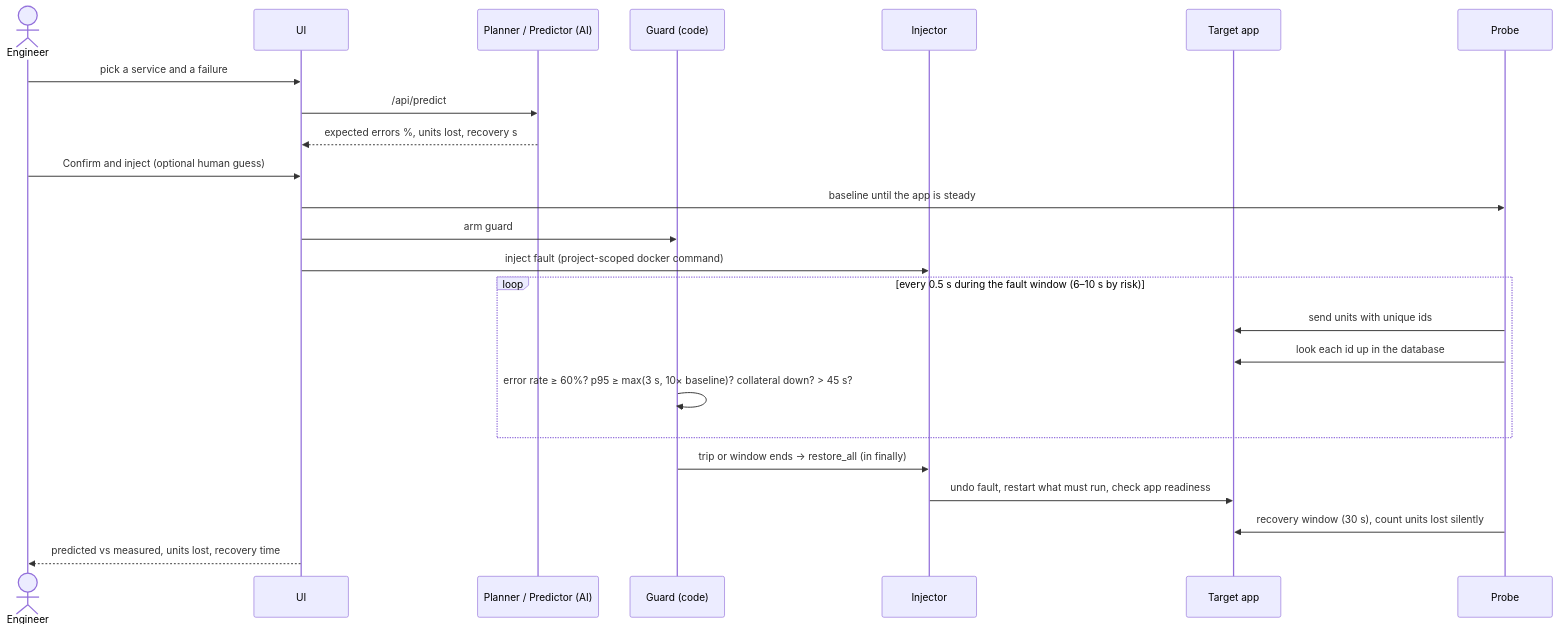
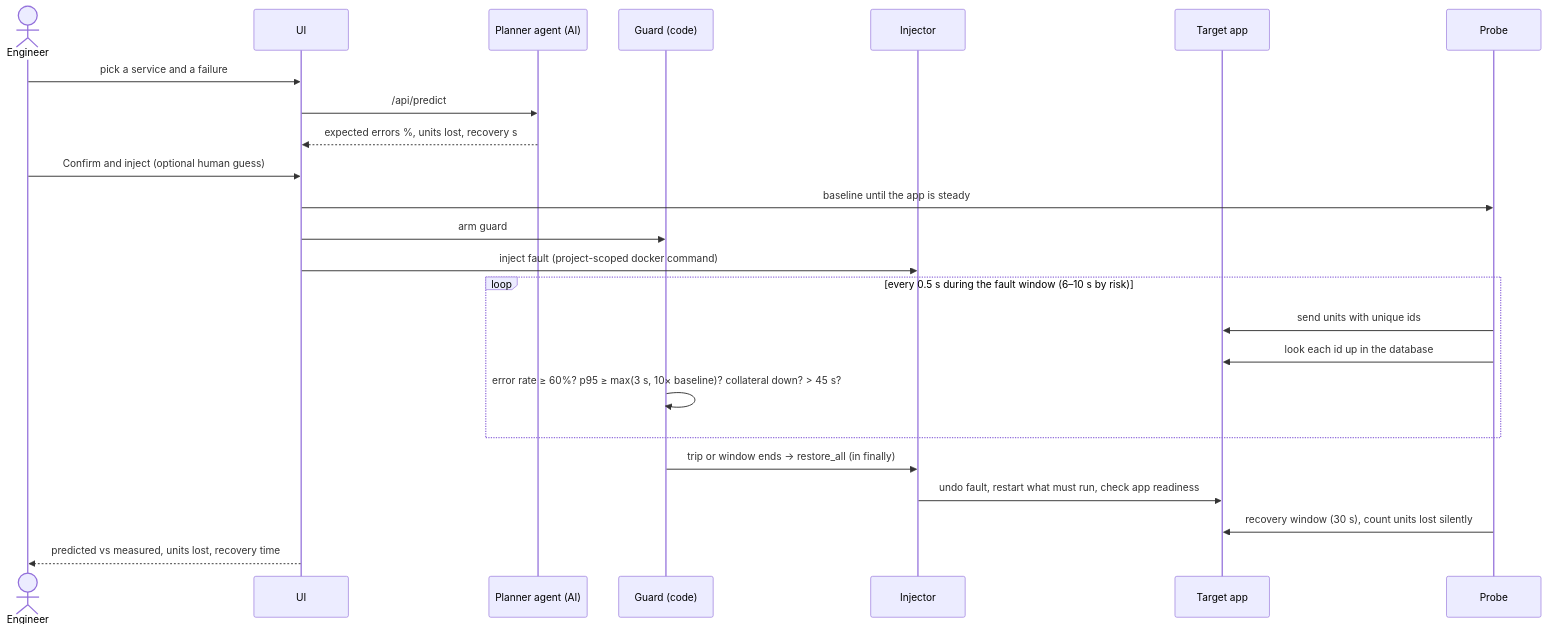
The diagram in docs/ARCHITECTURE.md (ritk7/bosch_team15), drawn with Mermaid before and after one commit. The commit also changed other lines of this file and 4 other files, not shown here.

````diff
--- a/docs/ARCHITECTURE.md
+++ b/docs/ARCHITECTURE.md
@@ -55,26 +55,26 @@
 ```mermaid
 sequenceDiagram
     actor E as Engineer
     participant UI
-    participant P as Planner / Predictor (AI)
+    participant P as Planner agent (AI)
     participant G as Guard (code)
     participant I as Injector
     participant A as Target app
     participant Pr as Probe
     E->>UI: pick a service and a failure
     UI->>P: /api/predict
     P-->>UI: expected errors %, units lost, recovery s
     E->>UI: Confirm and inject (optional human guess)
     UI->>Pr: baseline until the app is steady
     UI->>G: arm guard
     UI->>I: inject fault (project-scoped docker command)
     loop every 0.5 s during the fault window (6–10 s by risk)
         Pr->>A: send units with unique ids
         Pr->>A: look each id up in the database
         G->>G: error rate ≥ 60%? p95 ≥ max(3 s, 10× baseline)? collateral down? > 45 s?
     end
     G->>I: trip or window ends → restore_all (in finally)
     I->>A: undo fault, restart what must run, check app readiness
     Pr->>A: recovery window (30 s), count units lost silently
     UI-->>E: predicted vs measured, units lost, recovery time
 ```
````
